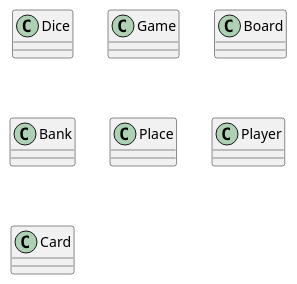
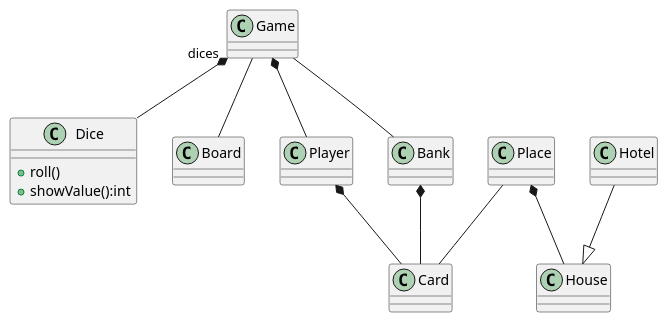
One commit to kpodlaski/ProjObj2019 changed the diagram in dzienne/gr2/monopoly/class_diagram.plantuml. Above: the diagram before and after it, drawn with PlantUML. The commit also changed 1 other file, not shown here.

Commit message:
dwa diagramy

```diff
--- a/dzienne/gr2/monopoly/class_diagram.plantuml
+++ b/dzienne/gr2/monopoly/class_diagram.plantuml
@@ -1,10 +1,29 @@
 @startuml
-class Dice
+
+Game "dices" *-- Dice
+Game -- Board
+Player *-- Card
+Bank *-- Card
+Place -- Card
+Game -- Bank
+Game *-- Player
+Hotel --|> House
+Place *-- House
+' Komentarz
+/'
+Komentarz
+'/
+class Dice{
+    +roll()
+    +showValue():int
+}
 class Game
 class Board
 class Bank
 class Place
 class Player
 class Card
+class House
+class Hotel
 
 @enduml
```
